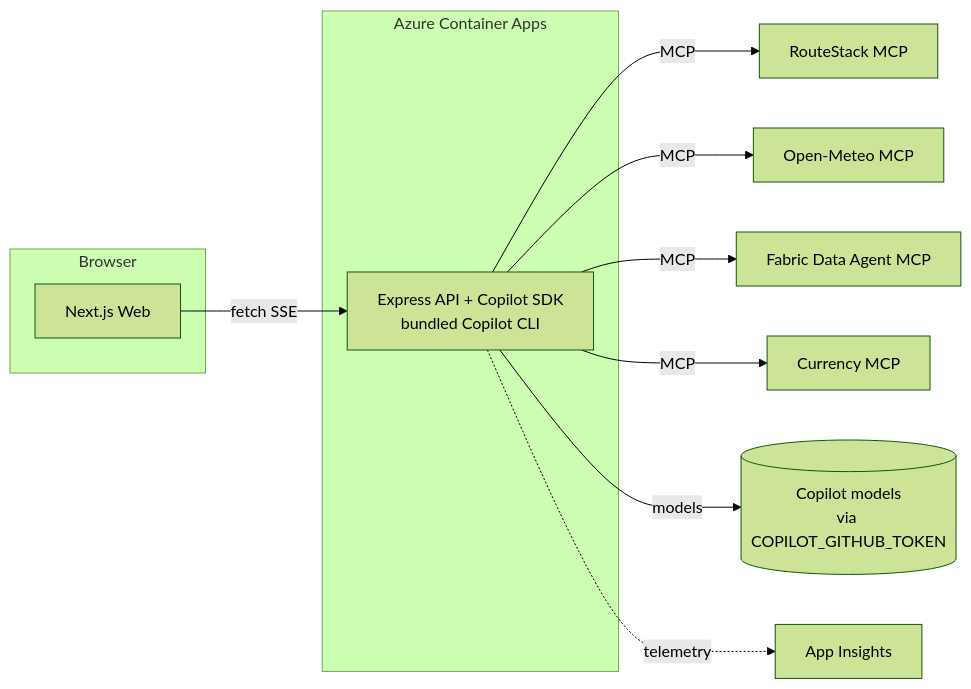
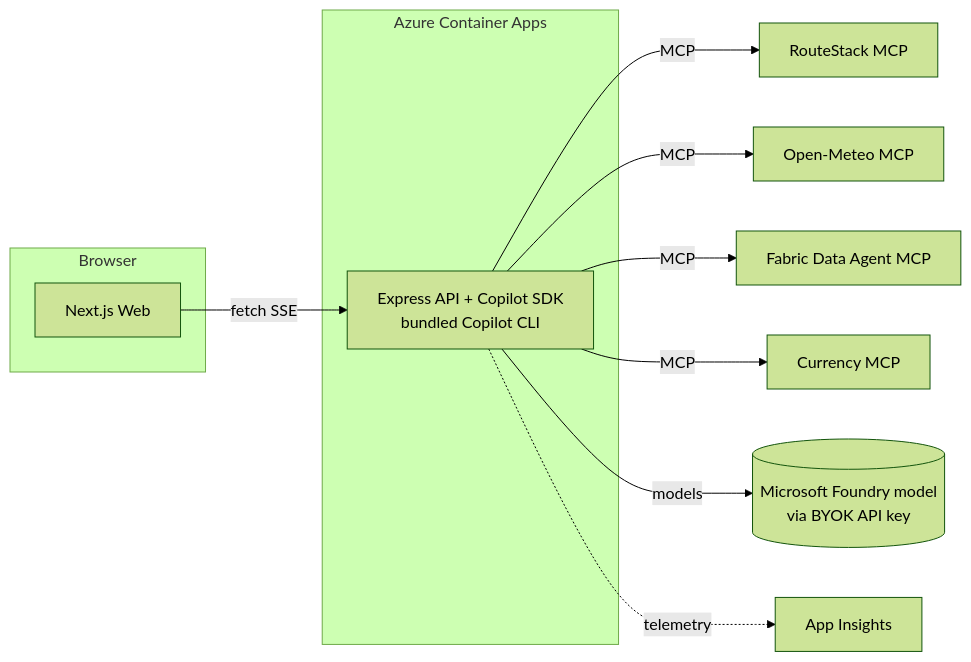
One commit to andrew-rubio/waypoint-demo changed the diagram in specs/tech-stack.md. Above: the diagram before and after it, drawn with Mermaid (forest theme). The commit also changed other lines of this file and 12 other files, not shown here.

First line of the commit message:
feat: implement BYOK model authentication via Microsoft Foundry

````diff
--- a/specs/tech-stack.md
+++ b/specs/tech-stack.md
@@ -20,15 +20,15 @@
 ```mermaid
 flowchart LR
     subgraph Browser
       W[Next.js Web]
     end
     subgraph "Azure Container Apps"
       W -->|fetch SSE| A[Express API + Copilot SDK<br/>bundled Copilot CLI]
     end
     A -->|MCP| RS[RouteStack MCP]
     A -->|MCP| OM[Open-Meteo MCP]
     A -->|MCP| FB[Fabric Data Agent MCP]
     A -->|MCP| FX[Currency MCP]
-    A -->|models| CP[(Copilot models<br/>via COPILOT_GITHUB_TOKEN)]
+    A -->|models| CP[(Microsoft Foundry model<br/>via BYOK API key)]
     A -.telemetry.-> AI[App Insights]
 ```
````
